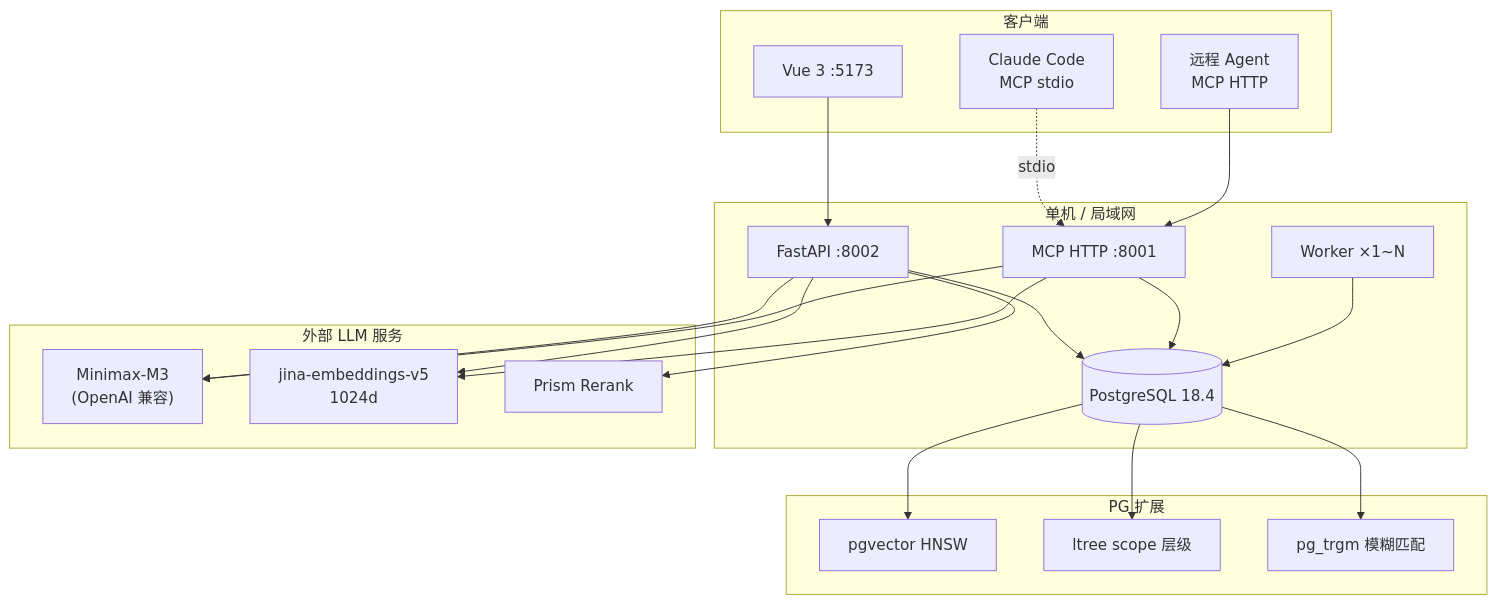
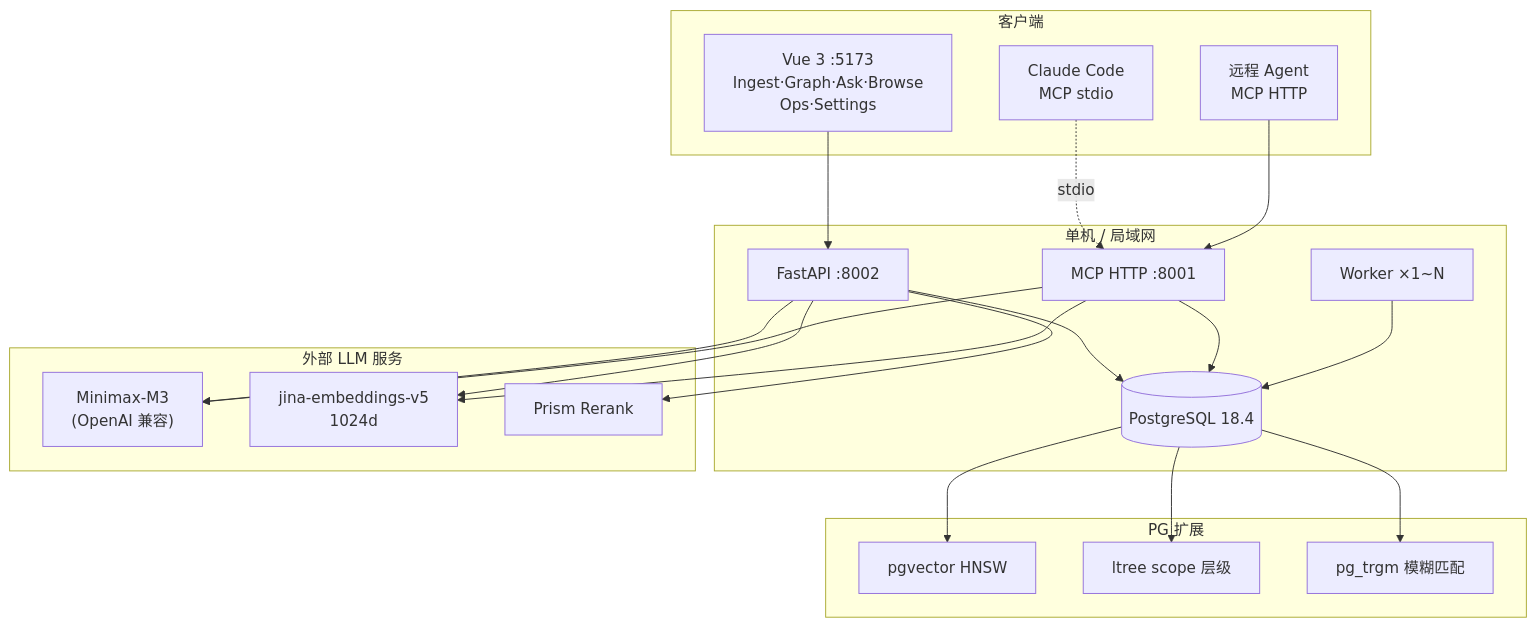
One commit to pty819/cortex-py-book changed the sixth of 11 diagrams in source/chapters/23-architecture-diagrams.md. Above: the diagram before and after it, drawn with Mermaid. The commit also changed other lines of this file, not shown here.

First line of the commit message:
fix(book): ch23架构视图全面修订——修复编号+补全自演化内容

````diff
--- a/source/chapters/23-architecture-diagrams.md
+++ b/source/chapters/23-architecture-diagrams.md
@@ -316,44 +325,44 @@
 ```{mermaid}
 graph TB
     subgraph host ["单机 / 局域网"]
         API["FastAPI :8002"]
         MCP["MCP HTTP :8001"]
         WK["Worker ×1~N"]
         PG[("PostgreSQL 18.4")]
     end
 
     subgraph ext ["外部 LLM 服务"]
         LLM["Minimax-M3<br/>(OpenAI 兼容)"]
         EMB["jina-embeddings-v5<br/>1024d"]
         RR["Prism Rerank"]
     end
 
     subgraph client ["客户端"]
-        VUE["Vue 3 :5173"]
+        VUE["Vue 3 :5173<br/>Ingest·Graph·Ask·Browse<br/>Ops·Settings"]
         CC["Claude Code<br/>MCP stdio"]
         RA["远程 Agent<br/>MCP HTTP"]
     end
 
     VUE --> API
     CC -.->|stdio| MCP
     RA --> MCP
 
     API --> LLM
     API --> EMB
     API --> RR
     MCP --> LLM
     MCP --> EMB
 
     API --> PG
     MCP --> PG
     WK --> PG
 
     subgraph pgext ["PG 扩展"]
         HNSW["pgvector HNSW"]
         LTREE["ltree scope 层级"]
         TRGM["pg_trgm 模糊匹配"]
     end
     PG --> HNSW
     PG --> LTREE
     PG --> TRGM
 ```
````
